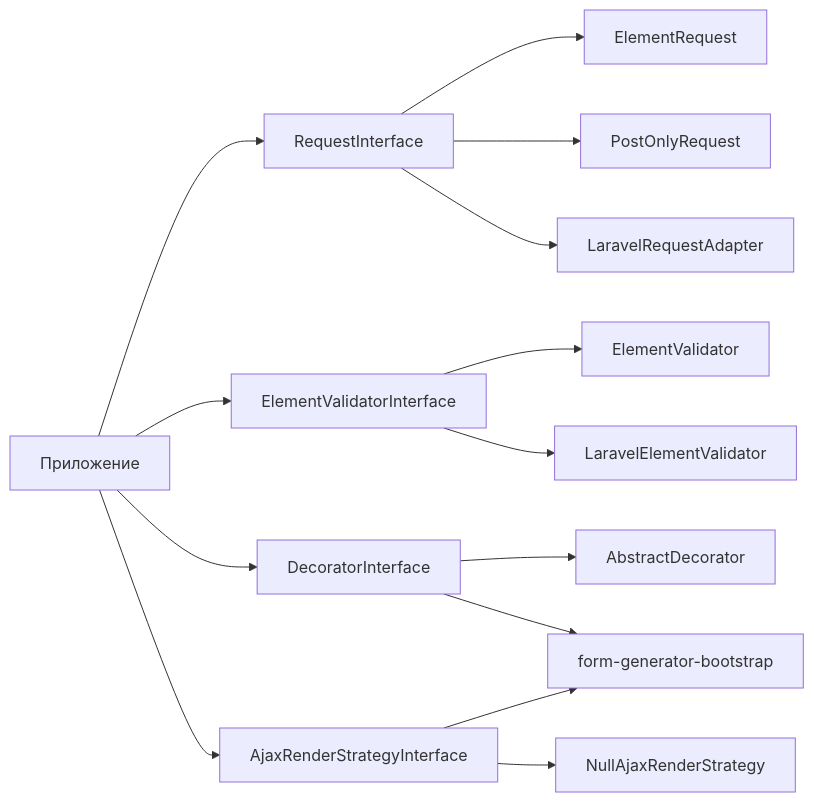
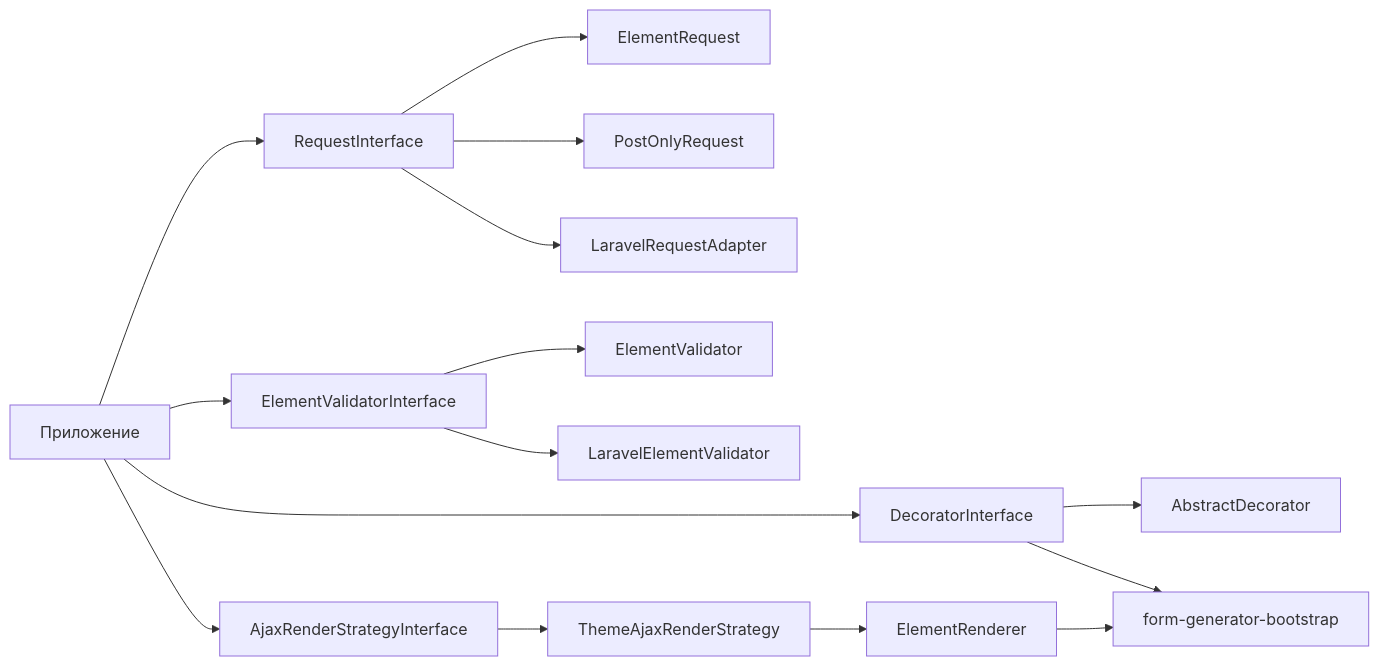
The diagram in README.md (kavalhub/form-generator), drawn with Mermaid before and after one commit. The commit also changed other lines of this file and 218 other files, not shown here.

````diff
--- a/README.md
+++ b/README.md
@@ -65,16 +65,17 @@
 ```mermaid
 flowchart LR
     App[Приложение] --> RequestInterface
     App --> ElementValidatorInterface
     App --> DecoratorInterface
     App --> AjaxRenderStrategyInterface
     RequestInterface --> ElementRequest
     RequestInterface --> PostOnlyRequest
     RequestInterface --> LaravelRequestAdapter
     ElementValidatorInterface --> ElementValidator
     ElementValidatorInterface --> LaravelElementValidator
     DecoratorInterface --> AbstractDecorator
-    AjaxRenderStrategyInterface --> NullAjaxRenderStrategy
+    AjaxRenderStrategyInterface --> ThemeAjaxRenderStrategy
     DecoratorInterface --> BootstrapPackage[form-generator-bootstrap]
-    AjaxRenderStrategyInterface --> BootstrapPackage
+    ThemeAjaxRenderStrategy --> ElementRenderer
+    ElementRenderer --> BootstrapPackage
 ```
````
